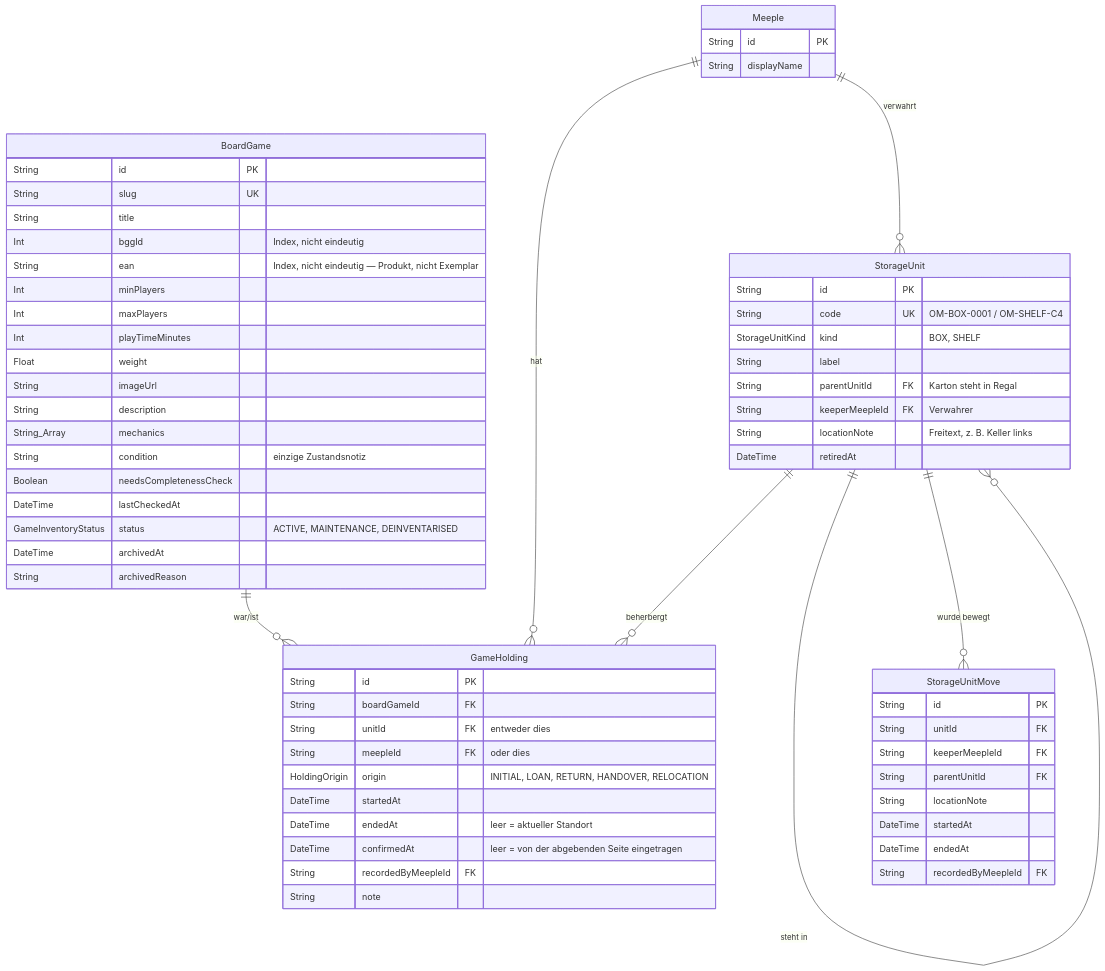
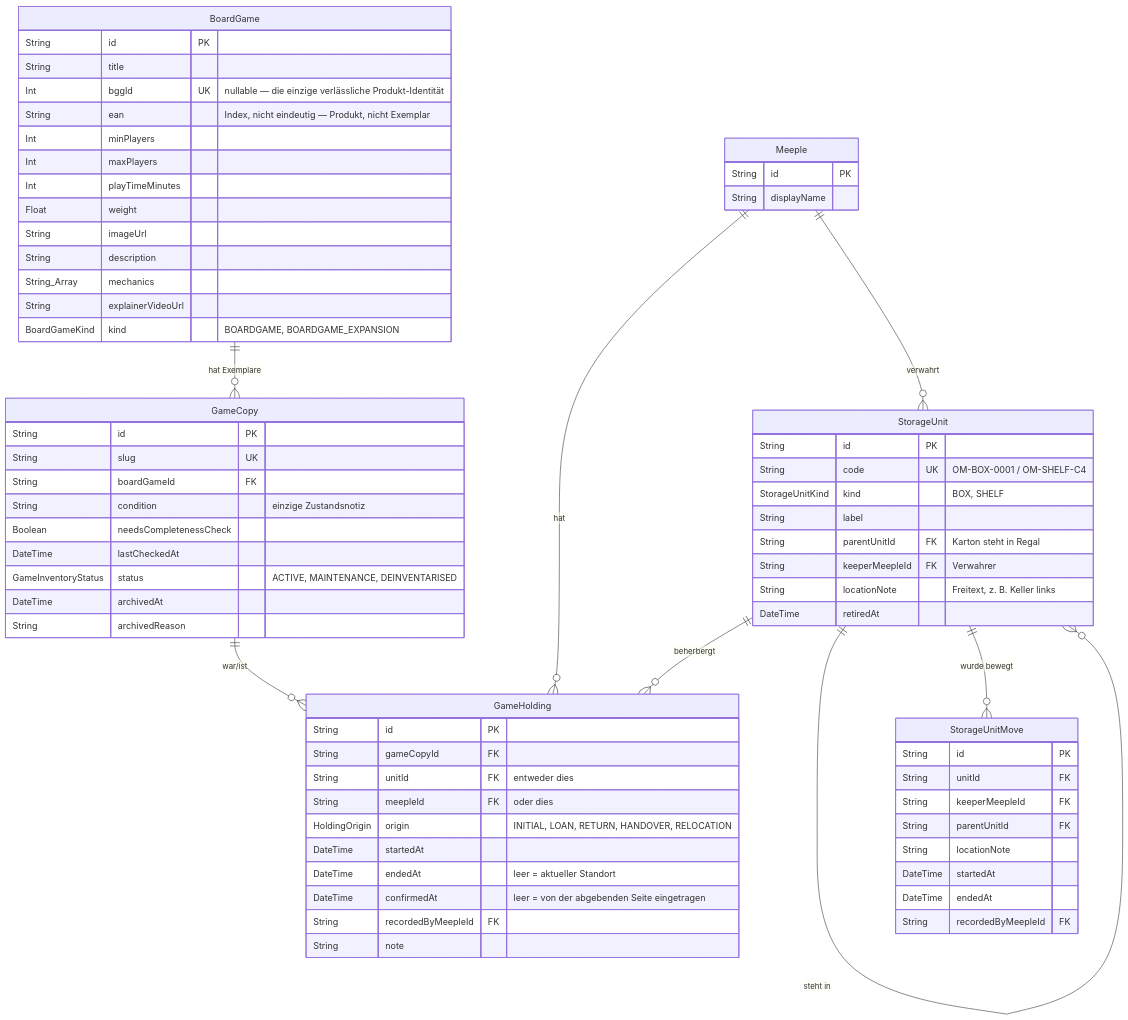
The fourth of 5 diagrams in docs/schema.md (oecher-meeples/portal), drawn with Mermaid before and after one commit. The commit also changed other lines of this file and 3 other files, not shown here.

Commit message:
docs: update schema and context docs for title/copy split

````diff
--- a/docs/schema.md
+++ b/docs/schema.md
@@ -201,70 +205,78 @@
 ```mermaid
 erDiagram
     BoardGame {
         String id PK
-        String slug UK
         String title
-        Int bggId "Index, nicht eindeutig"
+        Int bggId UK "nullable — die einzige verlässliche Produkt-Identität"
         String ean "Index, nicht eindeutig — Produkt, nicht Exemplar"
         Int minPlayers
         Int maxPlayers
         Int playTimeMinutes
         Float weight
         String imageUrl
         String description
         String_Array mechanics
+        String explainerVideoUrl
+        BoardGameKind kind "BOARDGAME, BOARDGAME_EXPANSION"
+    }
+
+    GameCopy {
+        String id PK
+        String slug UK
+        String boardGameId FK
         String condition "einzige Zustandsnotiz"
         Boolean needsCompletenessCheck
         DateTime lastCheckedAt
         GameInventoryStatus status "ACTIVE, MAINTENANCE, DEINVENTARISED"
         DateTime archivedAt
         String archivedReason
     }
 
     StorageUnit {
         String id PK
         String code UK "OM-BOX-0001 / OM-SHELF-C4"
         StorageUnitKind kind "BOX, SHELF"
         String label
         String parentUnitId FK "Karton steht in Regal"
         String keeperMeepleId FK "Verwahrer"
         String locationNote "Freitext, z. B. Keller links"
         DateTime retiredAt
     }
 
     StorageUnitMove {
         String id PK
         String unitId FK
         String keeperMeepleId FK
         String parentUnitId FK
         String locationNote
         DateTime startedAt
         DateTime endedAt
         String recordedByMeepleId FK
     }
 
     GameHolding {
         String id PK
-        String boardGameId FK
+        String gameCopyId FK
         String unitId FK "entweder dies"
         String meepleId FK "oder dies"
         HoldingOrigin origin "INITIAL, LOAN, RETURN, HANDOVER, RELOCATION"
         DateTime startedAt
         DateTime endedAt "leer = aktueller Standort"
         DateTime confirmedAt "leer = von der abgebenden Seite eingetragen"
         String recordedByMeepleId FK
         String note
     }
 
     Meeple {
         String id PK
         String displayName
     }
 
-    BoardGame ||--o{ GameHolding : "war/ist"
+    BoardGame ||--o{ GameCopy : "hat Exemplare"
+    GameCopy ||--o{ GameHolding : "war/ist"
     StorageUnit ||--o{ GameHolding : "beherbergt"
     Meeple ||--o{ GameHolding : "hat"
     StorageUnit ||--o{ StorageUnit : "steht in"
     Meeple ||--o{ StorageUnit : "verwahrt"
     StorageUnit ||--o{ StorageUnitMove : "wurde bewegt"
 ```
````
